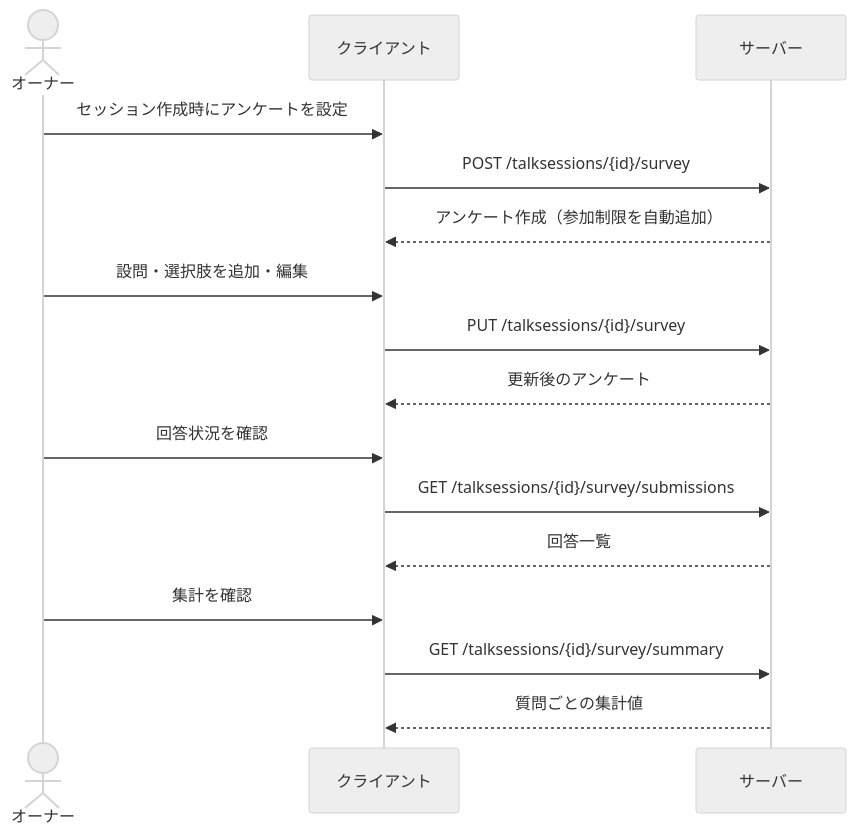
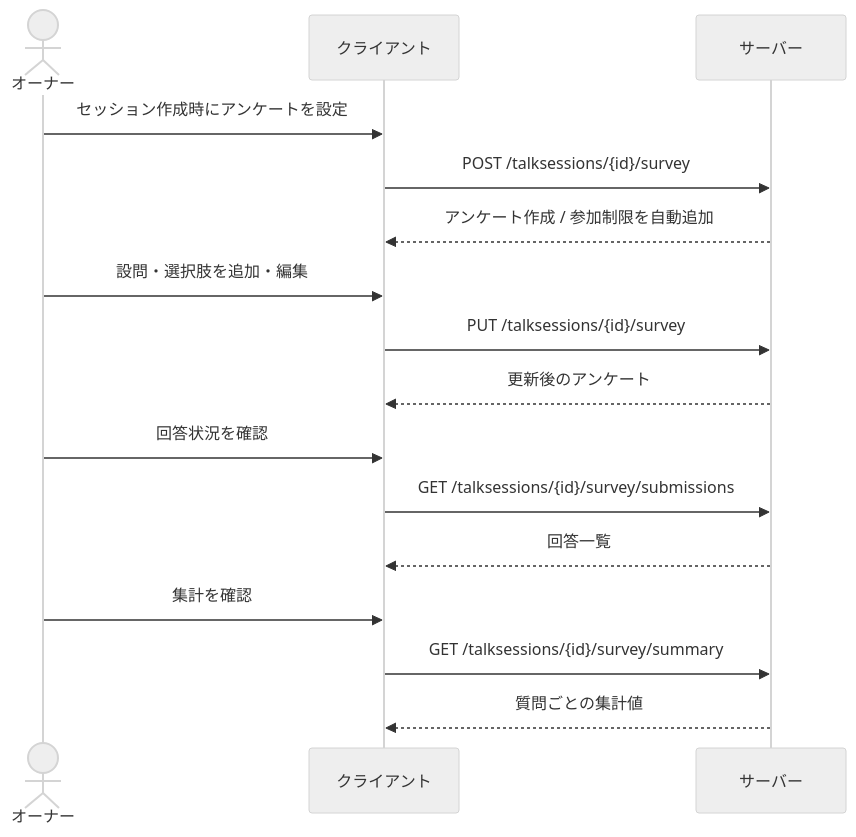
The second of 2 diagrams in docs/features/talk-session-survey.md (neko-dream/api), drawn with Mermaid (neutral theme) before and after one commit. The commit also changed other lines of this file, not shown here.

First line of the commit message:
📝 docs(talksession): mermaid 図の互換性を上げる

````diff
--- a/docs/features/talk-session-survey.md
+++ b/docs/features/talk-session-survey.md
@@ -105,22 +103,22 @@
 ```mermaid
 sequenceDiagram
     actor Owner as オーナー
     participant Client as クライアント
     participant Server as サーバー
 
     Owner->>Client: セッション作成時にアンケートを設定
     Client->>Server: POST /talksessions/{id}/survey
-    Server-->>Client: アンケート作成（参加制限を自動追加）
+    Server-->>Client: アンケート作成 / 参加制限を自動追加
 
     Owner->>Client: 設問・選択肢を追加・編集
     Client->>Server: PUT /talksessions/{id}/survey
     Server-->>Client: 更新後のアンケート
 
     Owner->>Client: 回答状況を確認
     Client->>Server: GET /talksessions/{id}/survey/submissions
     Server-->>Client: 回答一覧
 
     Owner->>Client: 集計を確認
     Client->>Server: GET /talksessions/{id}/survey/summary
     Server-->>Client: 質問ごとの集計値
 ```
````
